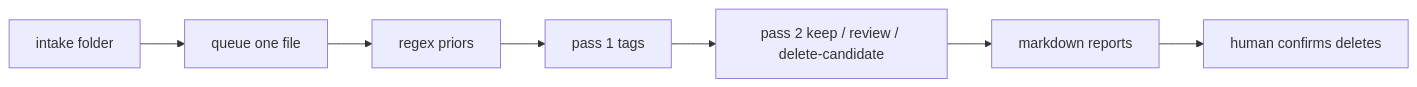
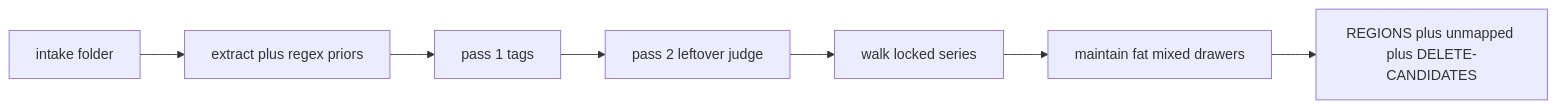
One commit to mbufkin/burling changed the diagram in README.md. Above: the diagram before and after it, drawn with Mermaid. The commit also changed other lines of this file and 7 other files, not shown here.

````diff
--- a/README.md
+++ b/README.md
@@ -17,9 +19,9 @@
 ```mermaid
 flowchart LR
-  intake[intake folder] --> queue[queue one file]
-  queue --> priors[regex priors]
-  priors --> pass1[pass 1 tags]
-  pass1 --> pass2[pass 2 keep / review / delete-candidate]
-  pass2 --> reports[markdown reports]
-  reports --> human[human confirms deletes]
+  intake[intake folder] --> queue[extract plus regex priors]
+  queue --> pass1[pass 1 tags]
+  pass1 --> pass2[pass 2 leftover judge]
+  pass2 --> walk[walk locked series]
+  walk --> maintain[maintain fat mixed drawers]
+  maintain --> out[REGIONS plus unmapped plus DELETE-CANDIDATES]
 ```
````
